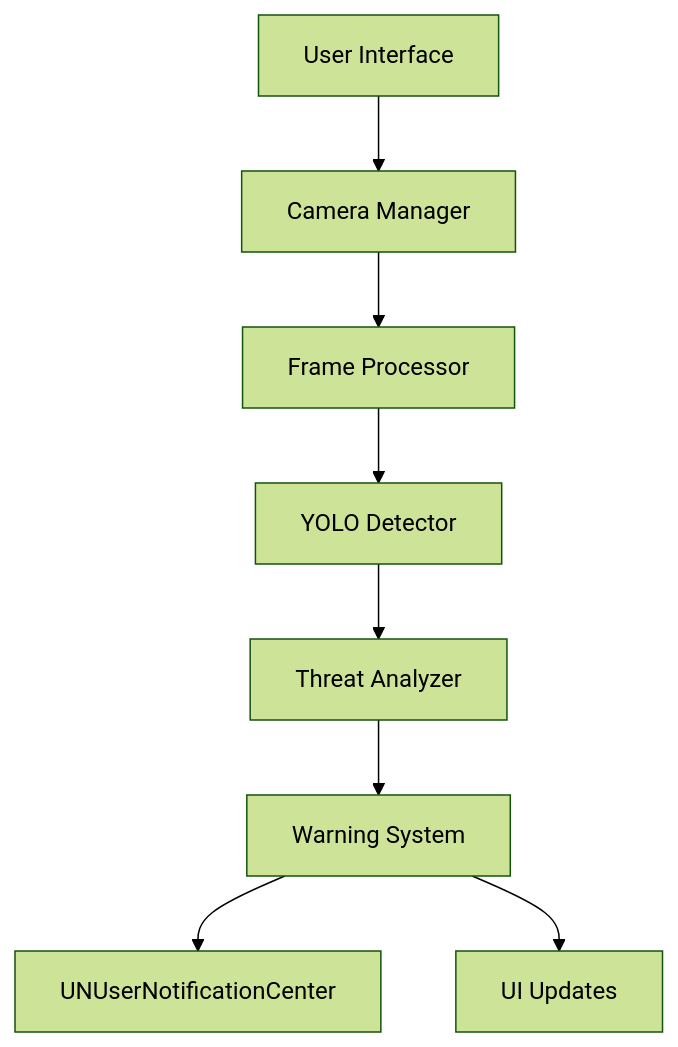
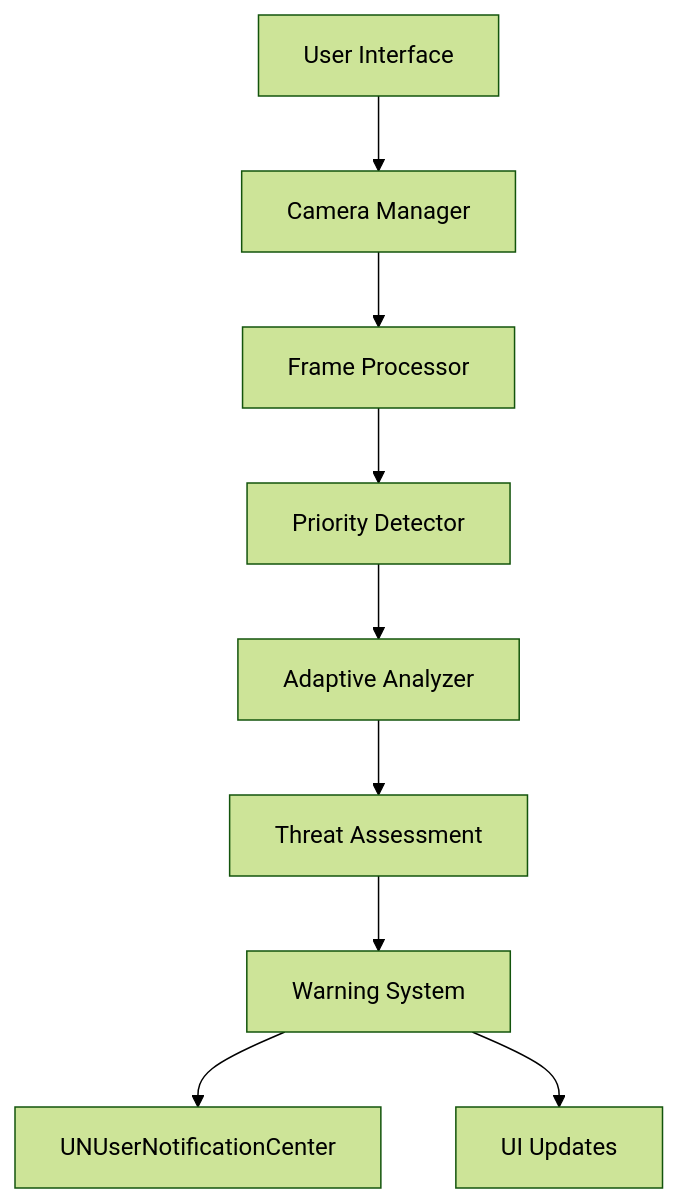
Before and after one commit to fayekai2013/VOMS_iOS-ReWrite: the second of 2 diagrams in README.md, drawn with Mermaid (forest theme). The commit also changed other lines of this file, not shown here.

````diff
--- a/README.md
+++ b/README.md
@@ -44,10 +47,11 @@
 ```mermaid
 graph TD
     A[User Interface] --> B[Camera Manager]
     B --> C[Frame Processor]
-    C --> D[YOLO Detector]
-    D --> E[Threat Analyzer]
-    E --> F[Warning System]
-    F --> G[UNUserNotificationCenter]
-    F --> H[UI Updates]
+    C --> D[Priority Detector]
+    D --> E[Adaptive Analyzer]
+    E --> F[Threat Assessment]
+    F --> G[Warning System]
+    G --> H[UNUserNotificationCenter]
+    G --> I[UI Updates]
 ```
````
